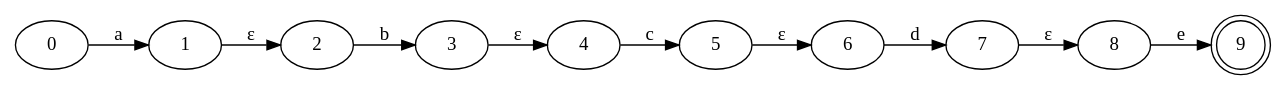
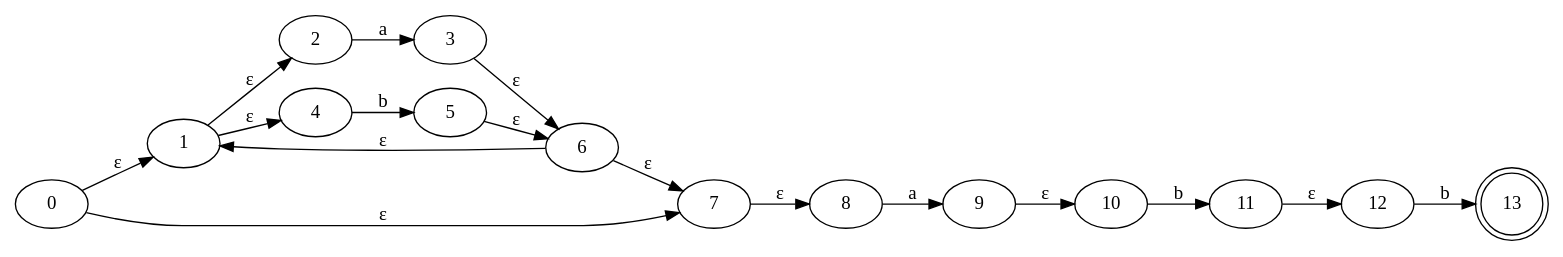
The diagram in test-output/nfa.gv (jua16073/lenguajes_proy1), drawn with Graphviz before and after one commit. The commit also changed 9 other files, not shown here.

```diff
--- a/test-output/nfa.gv
+++ b/test-output/nfa.gv
@@ -1,22 +1,33 @@
 digraph Automata {
 	rankdir=LR
 	0 [label=0]
-	0 -> 1 [label=a]
+	0 -> 1 [label="ε"]
+	0 -> 7 [label="ε"]
 	1 [label=1]
 	1 -> 2 [label="ε"]
+	1 -> 4 [label="ε"]
 	2 [label=2]
-	2 -> 3 [label=b]
+	2 -> 3 [label=a]
 	3 [label=3]
-	3 -> 4 [label="ε"]
+	3 -> 6 [label="ε"]
 	4 [label=4]
-	4 -> 5 [label=c]
+	4 -> 5 [label=b]
 	5 [label=5]
 	5 -> 6 [label="ε"]
 	6 [label=6]
-	6 -> 7 [label=d]
+	6 -> 1 [label="ε"]
+	6 -> 7 [label="ε"]
 	7 [label=7]
 	7 -> 8 [label="ε"]
 	8 [label=8]
-	8 -> 9 [label=e]
-	9 [label=9 shape=doublecircle]
+	8 -> 9 [label=a]
+	9 [label=9]
+	9 -> 10 [label="ε"]
+	10 [label=10]
+	10 -> 11 [label=b]
+	11 [label=11]
+	11 -> 12 [label="ε"]
+	12 [label=12]
+	12 -> 13 [label=b]
+	13 [label=13 shape=doublecircle]
 }
```
